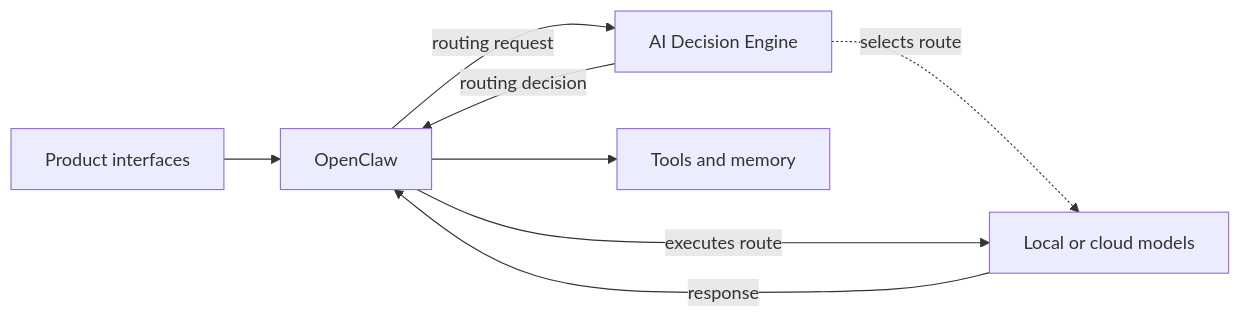
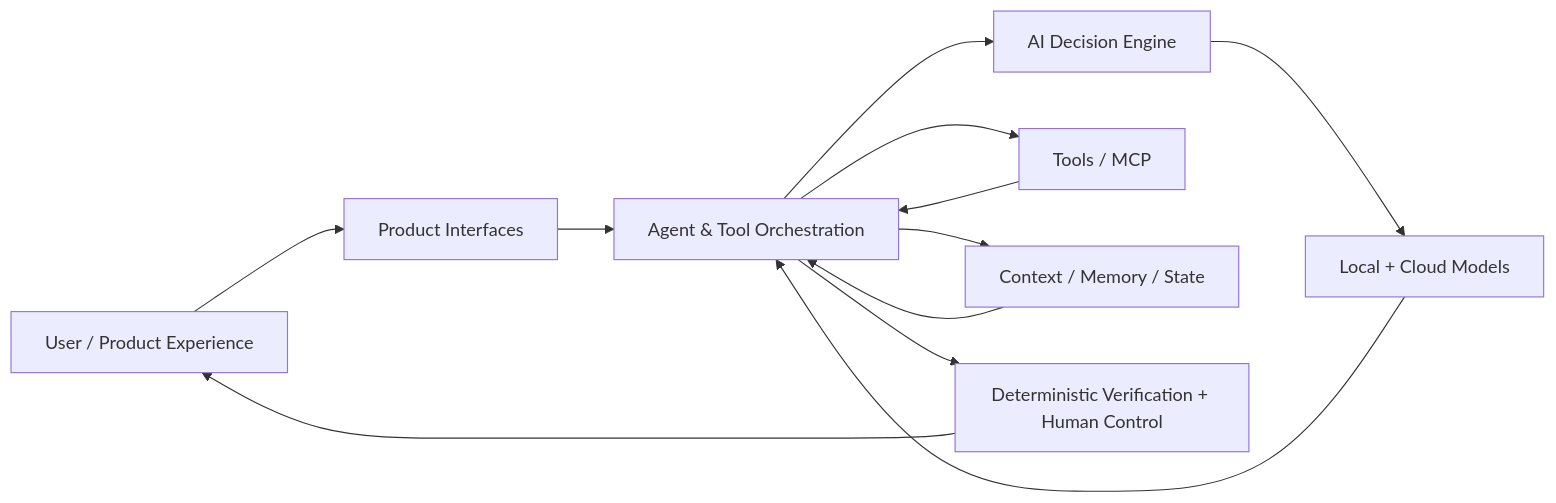
The diagram in README.md (binitamukeshshah/ai-lab), drawn with Mermaid before and after one commit. The commit also changed other lines of this file, not shown here.

Commit message:
Rebuild AI Lab narrative around AI product leadership

````diff
--- a/README.md
+++ b/README.md
@@ -25,10 +77,14 @@
 ```mermaid
 flowchart LR
-    INTERFACES["Product interfaces"] --> OPENCLAW["OpenClaw"]
-    OPENCLAW -->|"routing request"| ROUTER["AI Decision Engine"]
-    ROUTER -.->|"selects route"| MODELS["Local or cloud models"]
-    ROUTER -->|"routing decision"| OPENCLAW
-    OPENCLAW -->|"executes route"| MODELS
-    MODELS -->|"response"| OPENCLAW
-    OPENCLAW --> CAPABILITIES["Tools and memory"]
+    USER["User / Product Experience"] --> INTERFACES["Product Interfaces"]
+    INTERFACES --> OPENCLAW["Agent & Tool Orchestration"]
+    OPENCLAW --> ROUTER["AI Decision Engine"]
+    ROUTER --> MODELS["Local + Cloud Models"]
+    OPENCLAW --> CAPABILITIES["Tools / MCP"]
+    OPENCLAW --> CONTEXT["Context / Memory / State"]
+    MODELS --> OPENCLAW
+    CAPABILITIES --> OPENCLAW
+    CONTEXT --> OPENCLAW
+    OPENCLAW --> VERIFY["Deterministic Verification + Human Control"]
+    VERIFY --> USER
 ```
````
